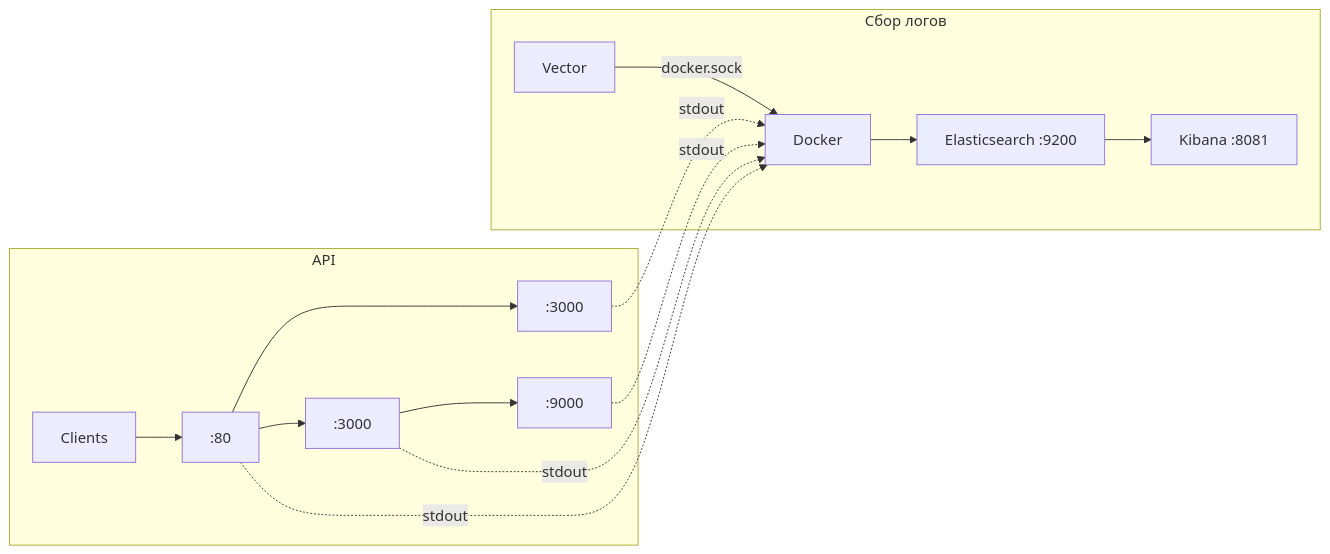
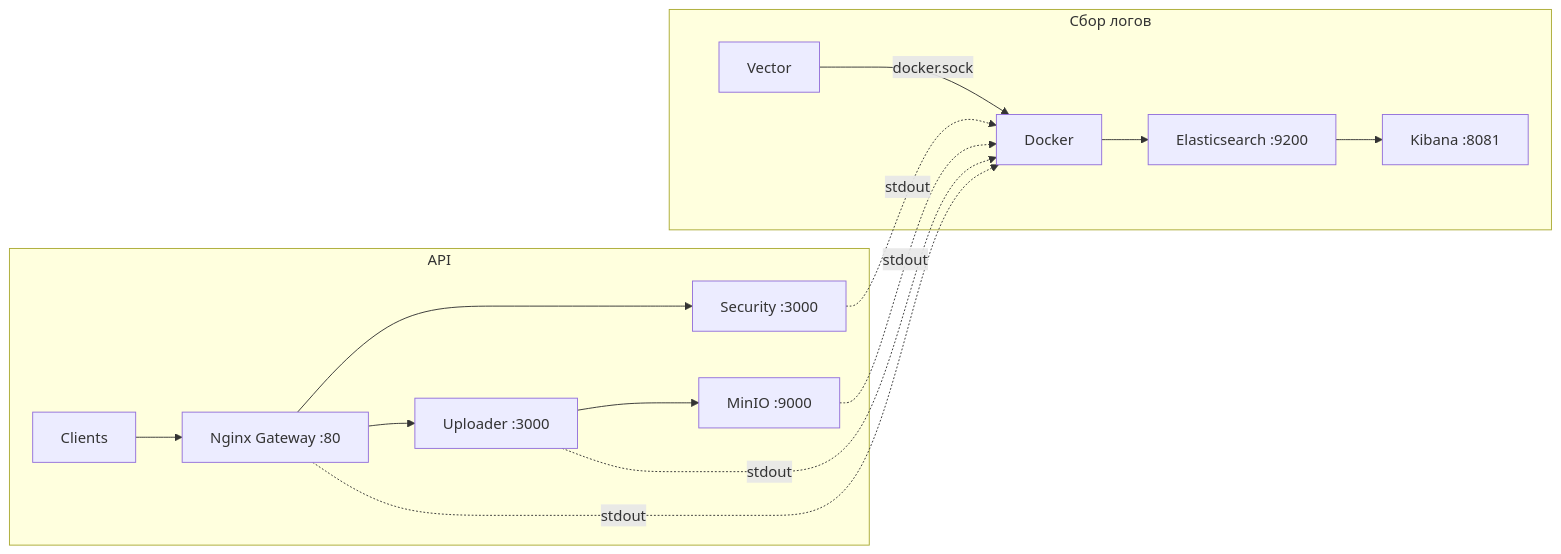
One commit to acider19/micros-homeworks changed the fourth of 5 diagrams in README.md. Above: the diagram before and after it, drawn with Mermaid. The commit also changed other lines of this file, not shown here.

Commit message:
дз4/5: возврат названий сервисов в Mermaid-диаграммах

````diff
--- a/README.md
+++ b/README.md
@@ -132,20 +132,20 @@
 ```mermaid
 flowchart LR
     subgraph api ["API"]
-        Clients --> Nginx[:80]
-        Nginx --> Security[:3000]
-        Nginx --> Uploader[:3000]
-        Uploader --> MinIO[:9000]
+        Clients --> Nginx[Nginx Gateway :80]
+        Nginx --> Security[Security :3000]
+        Nginx --> Uploader[Uploader :3000]
+        Uploader --> MinIO[MinIO :9000]
     end
 
     subgraph logs ["Сбор логов"]
         Vector -->|docker.sock| Docker
         Docker --> ES[Elasticsearch :9200]
         ES --> Kibana[Kibana :8081]
     end
 
     Security -.->|stdout| Docker
     Uploader -.->|stdout| Docker
     Nginx -.->|stdout| Docker
     MinIO -.->|stdout| Docker
 ```
````
